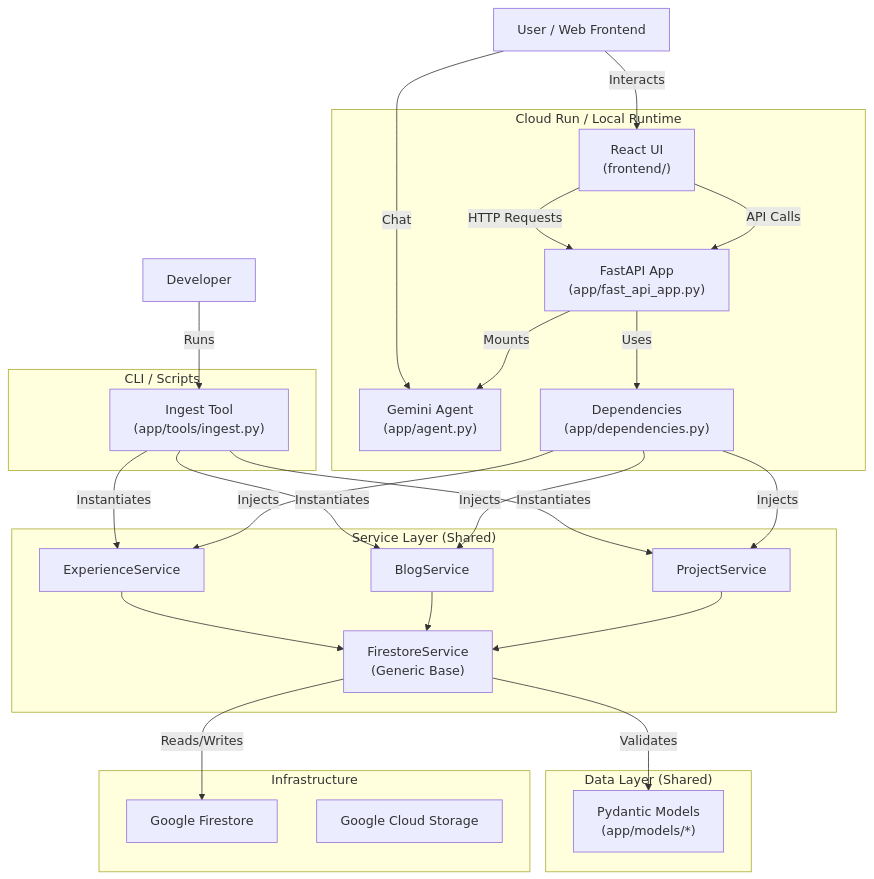
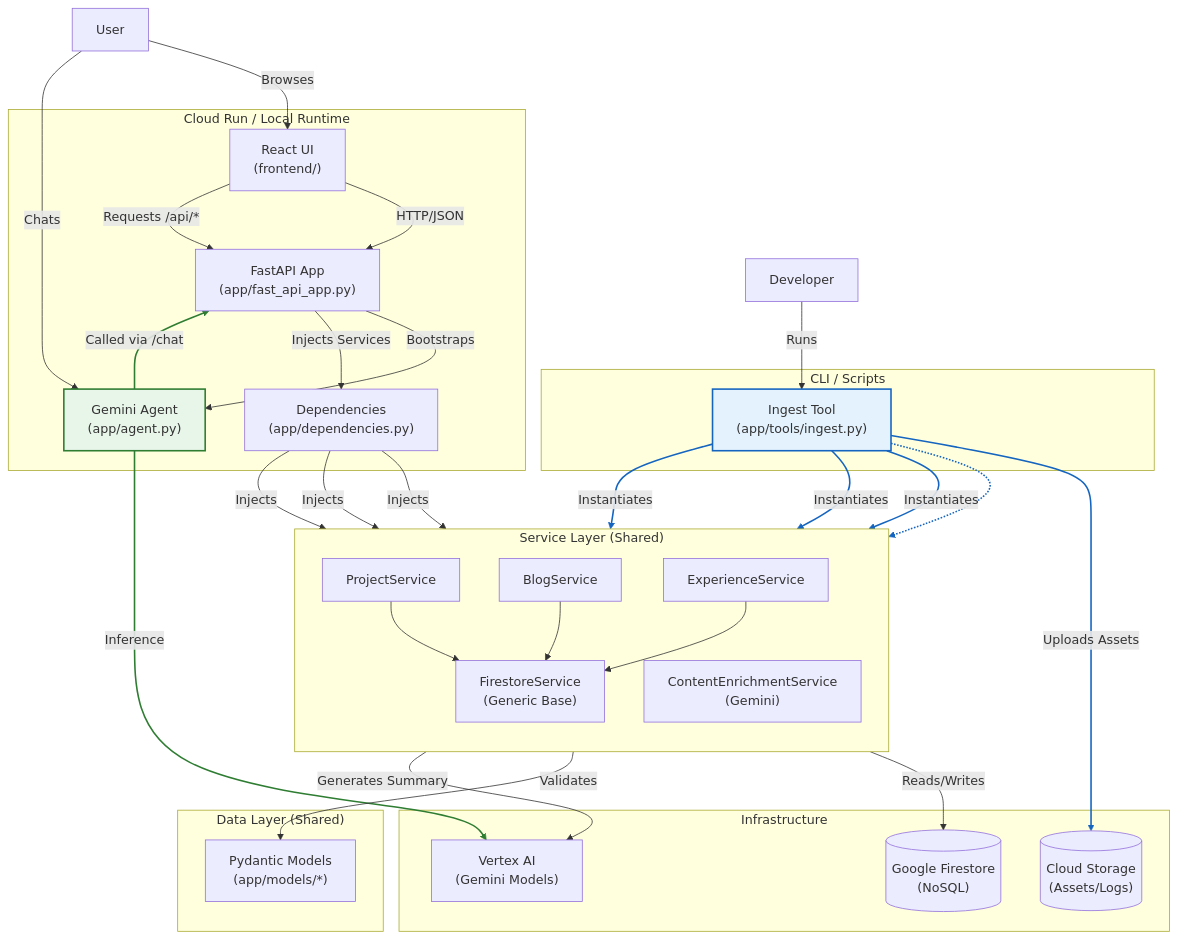
One commit to derailed-dash/dazbo-portfolio changed the first of 2 diagrams in docs/design-and-walkthrough.md. Above: the diagram before and after it, drawn with Mermaid. The commit also changed other lines of this file and 1 other file, not shown here.

````diff
--- a/docs/design-and-walkthrough.md
+++ b/docs/design-and-walkthrough.md
@@ -168,55 +186,80 @@
 ```mermaid
 graph TD
     subgraph "Cloud Run / Local Runtime"
         API["FastAPI App<br/>(app/fast_api_app.py)"]
         Frontend["React UI<br/>(frontend/)"]
         Agent["Gemini Agent<br/>(app/agent.py)"]
         Dep["Dependencies<br/>(app/dependencies.py)"]
         
-        Frontend -->|API Calls| API
-        API -->|Mounts| Agent
-        API -->|Uses| Dep
+        Frontend -- "HTTP/JSON" --> API
+        API -- "Bootstraps" --> Agent
+        API -- "Injects Services" --> Dep
+        Agent -- "Called via /chat" --> API
     end
 
     subgraph "CLI / Scripts"
         CLI["Ingest Tool<br/>(app/tools/ingest.py)"]
     end
 
     subgraph "Service Layer (Shared)"
+        direction TB
         PS["ProjectService"]
         BS["BlogService"]
         ES["ExperienceService"]
         FS["FirestoreService<br/>(Generic Base)"]
+        CES["ContentEnrichmentService<br/>(Gemini)"]
         
         PS --> FS
         BS --> FS
         ES --> FS
+        CLI -.-> CES
     end
 
     subgraph "Data Layer (Shared)"
-        Models["Pydantic Models<br/>(app/models/*)"];
+        Models["Pydantic Models<br/>(app/models/*)"]
     end
 
     subgraph "Infrastructure"
-        Firestore["Google Firestore"]
-        GCS["Google Cloud Storage"]
+        Firestore[("Google Firestore<br/>(NoSQL)")]
+        GCS[("Cloud Storage<br/>(Assets/Logs)")]
+        Vertex["Vertex AI<br/>(Gemini Models)"]
     end
 
     %% Relationships
     Dep -->|Injects| PS
     Dep -->|Injects| BS
     Dep -->|Injects| ES
+    
     CLI -->|Instantiates| PS
     CLI -->|Instantiates| BS
     CLI -->|Instantiates| ES
+    
     FS -->|Reads/Writes| Firestore
     FS -->|Validates| Models
     
+    CES -->|Generates Summary| Vertex
+    Agent -->|Inference| Vertex
+    
     %% User Interactions
-    User["User / Web Frontend"] -->|Interacts| Frontend
-    Frontend -->|HTTP Requests| API
-    User -->|Chat| Agent
+    User["User"] -->|Browses| Frontend
+    Frontend -->|Requests /api/*| API
+    User -->|Chats| Agent
     
     %% Ingestion Flow
     Dev["Developer"] -->|Runs| CLI
+    CLI -->|Uploads Assets| GCS
+
+    %% Styles
+    %% Styles
+    classDef ingest fill:#e3f2fd,stroke:#1565c0,stroke-width:2px;
+    classDef agent fill:#e8f5e9,stroke:#2e7d32,stroke-width:2px;
+    
+    class CLI ingest;
+    class Agent agent;
+    
+    %% Style Ingest Tool Arrows (Blue)
+    linkStyle 7,11,12,13,22 stroke:#1565c0,stroke-width:2px;
+    
+    %% Style Agent Arrows (Green)
+    linkStyle 3,17 stroke:#2e7d32,stroke-width:2px;
 ```
````
